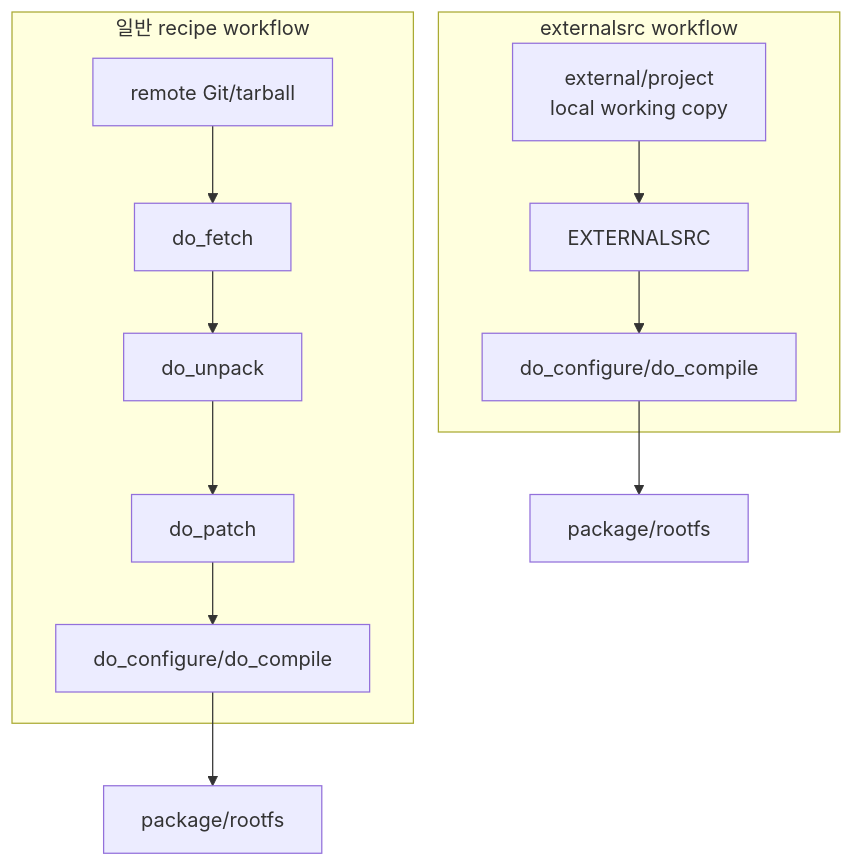
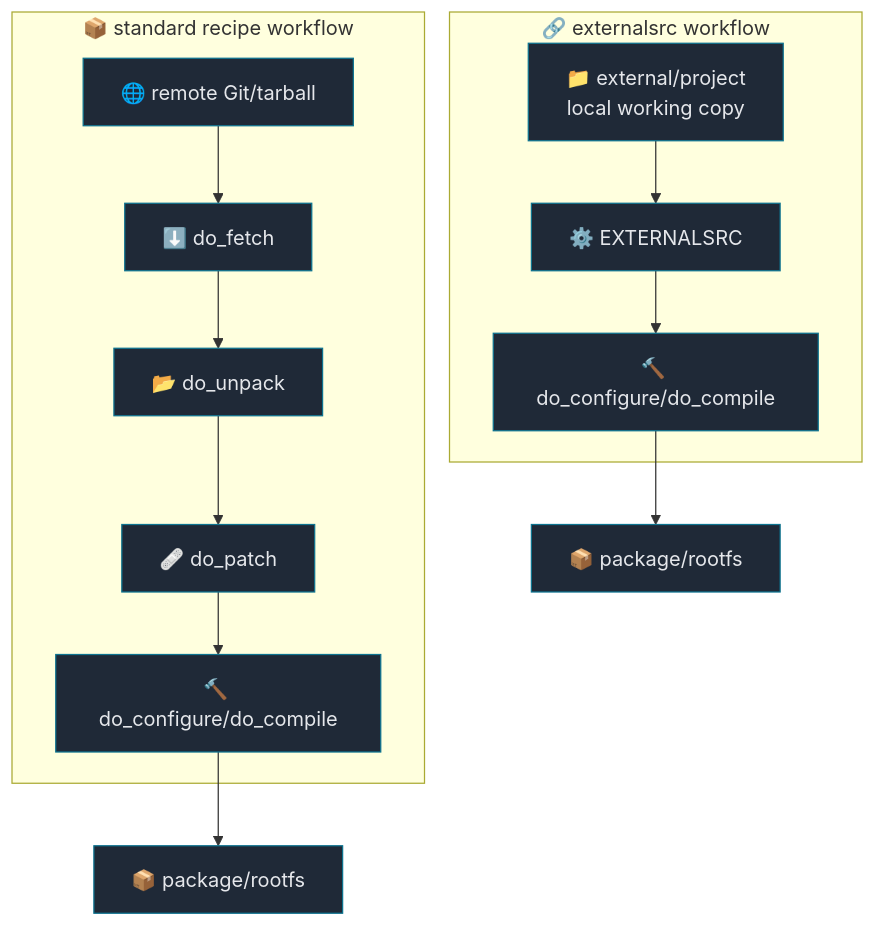
Before and after one commit to yocto-textbook/document: the first of 2 diagrams in topics/06-external-sources.md, drawn with Mermaid. The commit also changed other lines of this file and 17 other files, not shown here.

````diff
--- a/topics/06-external-sources.md
+++ b/topics/06-external-sources.md
@@ -15,17 +19,28 @@
 ```mermaid
 flowchart TB
-    subgraph Normal["일반 recipe workflow"]
-        Remote["remote Git/tarball"] --> Fetch["do_fetch"]
-        Fetch --> Unpack["do_unpack"]
-        Unpack --> Patch["do_patch"]
-        Patch --> BuildA["do_configure/do_compile"]
+    subgraph Normal["📦 standard recipe workflow"]
+        Remote["🌐 remote Git/tarball"] --> Fetch["⬇️ do_fetch"]
+        Fetch --> Unpack["📂 do_unpack"]
+        Unpack --> Patch["🩹 do_patch"]
+        Patch --> BuildA["🔨 do_configure/do_compile"]
     end
 
-    subgraph External["externalsrc workflow"]
-        Local["external/project<br/>local working copy"] --> ExtSrc["EXTERNALSRC"]
-        ExtSrc --> BuildB["do_configure/do_compile"]
+    subgraph External["🔗 externalsrc workflow"]
+        Local["📁 external/project<br/>local working copy"] --> ExtSrc["⚙️ EXTERNALSRC"]
+        ExtSrc --> BuildB["🔨 do_configure/do_compile"]
     end
 
-    BuildA --> PackageA["package/rootfs"]
-    BuildB --> PackageB["package/rootfs"]
+    BuildA --> PackageA["📦 package/rootfs"]
+    BuildB --> PackageB["📦 package/rootfs"]
+
+    style Remote fill:#1f2937,stroke:#0e7490,stroke-width:1px,color:#e5e7eb
+    style Fetch fill:#1f2937,stroke:#0e7490,stroke-width:1px,color:#e5e7eb
+    style Unpack fill:#1f2937,stroke:#0e7490,stroke-width:1px,color:#e5e7eb
+    style Patch fill:#1f2937,stroke:#0e7490,stroke-width:1px,color:#e5e7eb
+    style BuildA fill:#1f2937,stroke:#0e7490,stroke-width:1px,color:#e5e7eb
+    style Local fill:#1f2937,stroke:#0e7490,stroke-width:1px,color:#e5e7eb
+    style ExtSrc fill:#1f2937,stroke:#0e7490,stroke-width:1px,color:#e5e7eb
+    style BuildB fill:#1f2937,stroke:#0e7490,stroke-width:1px,color:#e5e7eb
+    style PackageA fill:#1f2937,stroke:#0e7490,stroke-width:1px,color:#e5e7eb
+    style PackageB fill:#1f2937,stroke:#0e7490,stroke-width:1px,color:#e5e7eb
 ```
````
